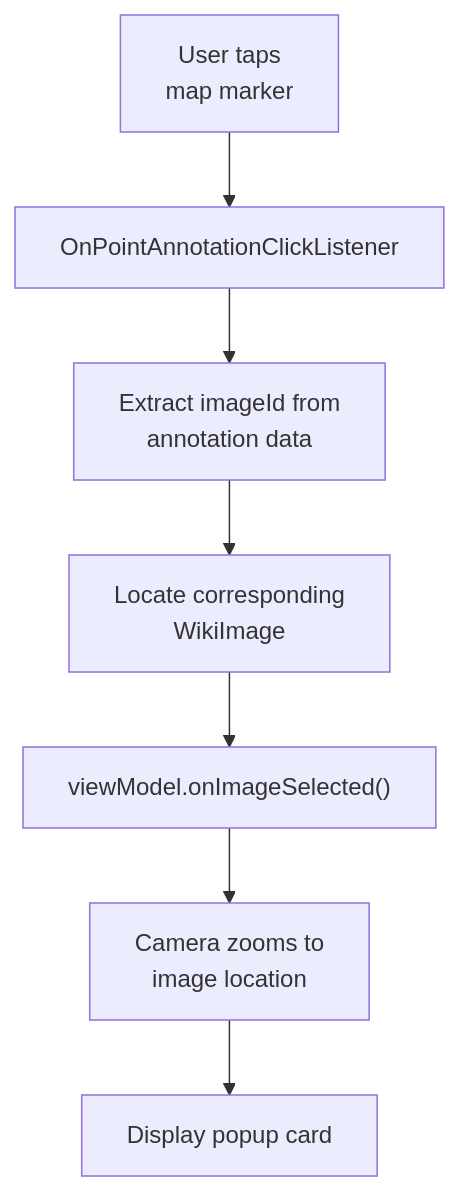
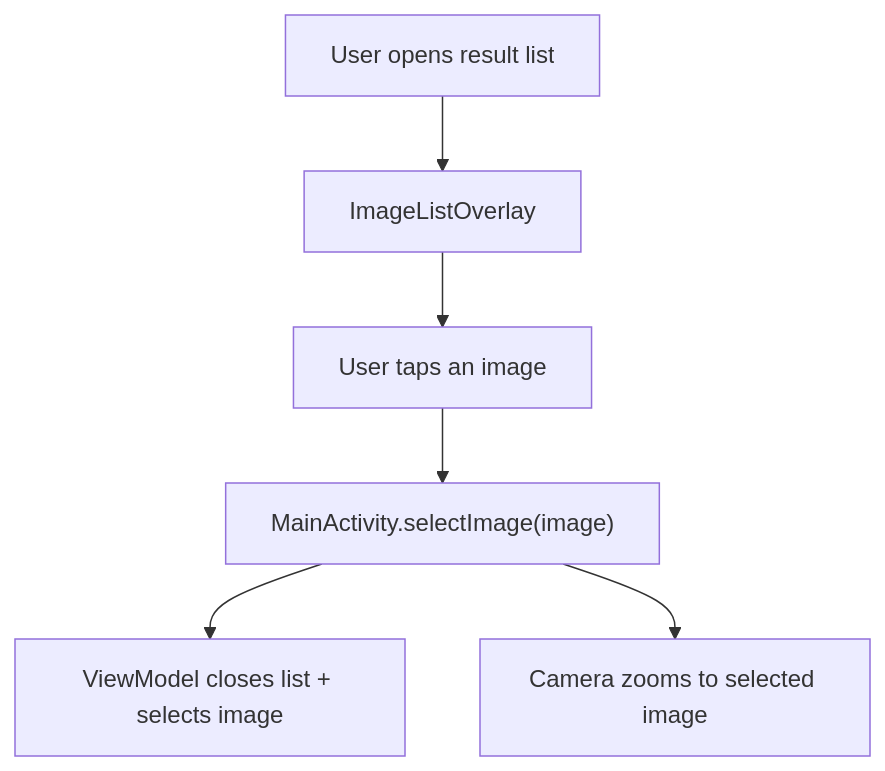
One commit to duchangyu/mapbox-wikimedia-explorer changed the fourth of 6 diagrams in ARCHITECTURE.md. Above: the diagram before and after it, drawn with Mermaid. The commit also changed other lines of this file, not shown here.

Commit message:
Update architecture documentation

````diff
--- a/ARCHITECTURE.md
+++ b/ARCHITECTURE.md
@@ -144,9 +124,8 @@
 ```mermaid
 flowchart TD
-    A["User taps<br/>map marker"] --> B["OnPointAnnotationClickListener"]
-    B --> C["Extract imageId from<br/>annotation data"]
-    C --> D["Locate corresponding<br/>WikiImage"]
-    D --> E["viewModel.onImageSelected()"]
-    E --> F["Camera zooms to<br/>image location"]
-    F --> G["Display popup card"]
+    A["User opens result list"] --> B["ImageListOverlay"]
+    B --> C["User taps an image"]
+    C --> D["MainActivity.selectImage(image)"]
+    D --> E["ViewModel closes list + selects image"]
+    D --> F["Camera zooms to selected image"]
 ```
````
